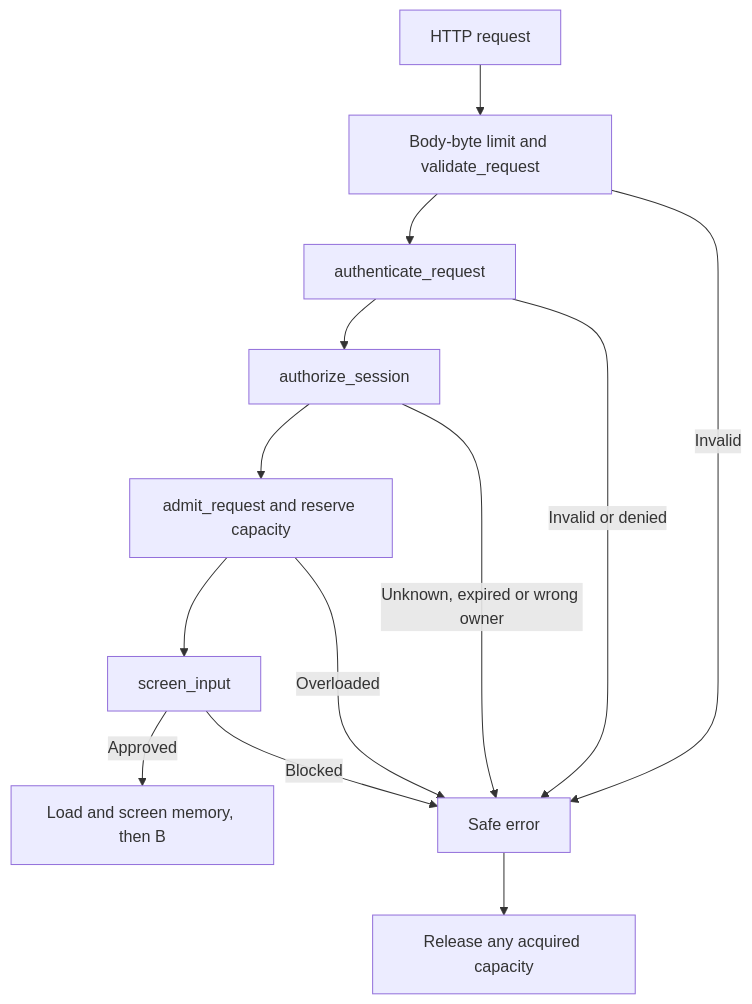
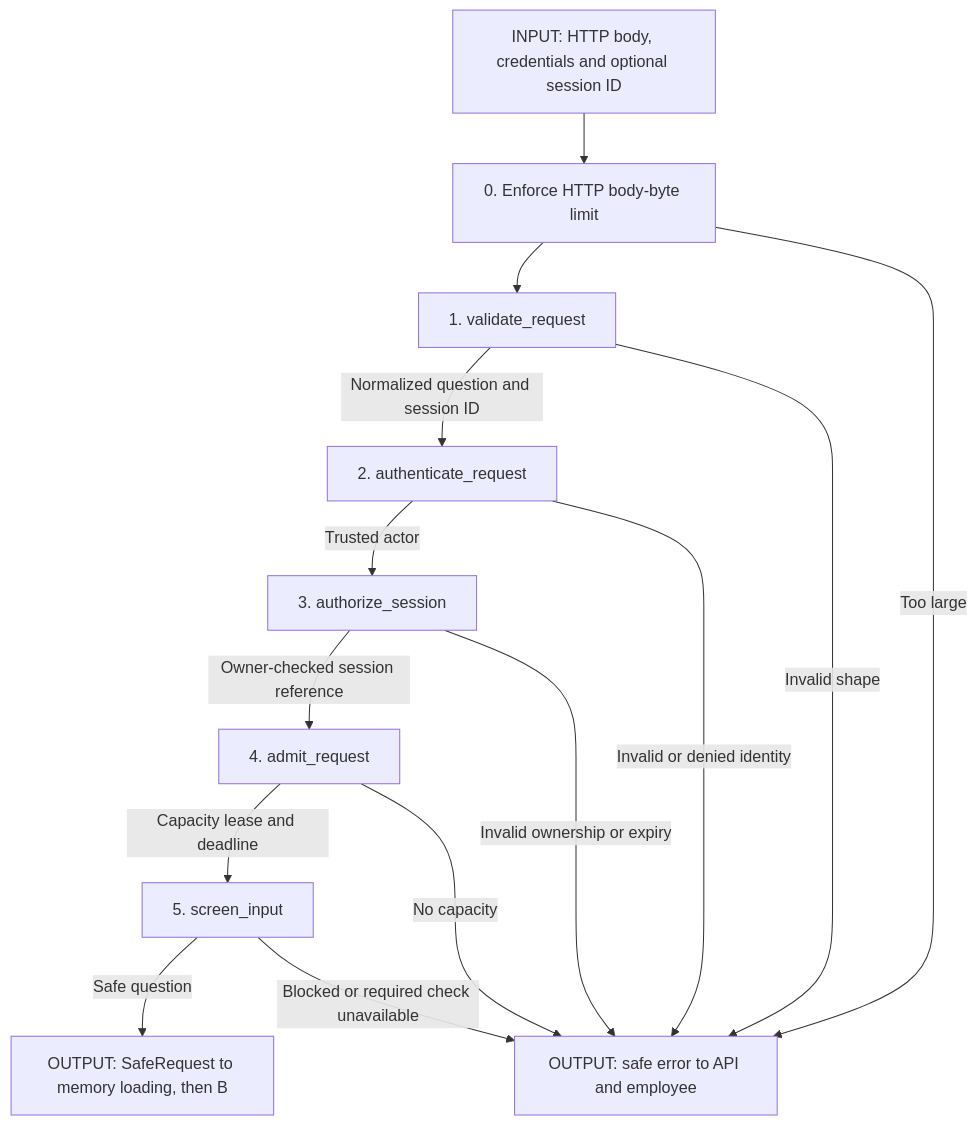
One commit to piyushmaps/interview_proj changed the third of 10 diagrams in docs/architecture/low-level-design.md. Above: the diagram before and after it, drawn with Mermaid. The commit also changed other lines of this file, not shown here.

````diff
--- a/docs/architecture/low-level-design.md
+++ b/docs/architecture/low-level-design.md
@@ -163,15 +205,16 @@
 ```mermaid
 flowchart TD
-    IN[HTTP request] --> SHAPE[Body-byte limit and validate_request]
-    SHAPE --> ID[authenticate_request]
-    ID --> OWN[authorize_session]
-    OWN --> CAP[admit_request and reserve capacity]
-    CAP --> SAFE[screen_input]
-    SAFE -->|Approved| NEXT[Load and screen memory, then B]
-    SHAPE -->|Invalid| ERR[Safe error]
-    ID -->|Invalid or denied| ERR
-    OWN -->|Unknown, expired or wrong owner| ERR
-    CAP -->|Overloaded| ERR
-    SAFE -->|Blocked| ERR
-    ERR --> FREE[Release any acquired capacity]
+    IN[INPUT: HTTP body, credentials and optional session ID] --> BYTES[0. Enforce HTTP body-byte limit]
+    BYTES --> V[1. validate_request]
+    V -->|Normalized question and session ID| AUTH[2. authenticate_request]
+    AUTH -->|Trusted actor| SESSION[3. authorize_session]
+    SESSION -->|Owner-checked session reference| CAP[4. admit_request]
+    CAP -->|Capacity lease and deadline| SCREEN[5. screen_input]
+    SCREEN -->|Safe question| OUT[OUTPUT: SafeRequest to memory loading, then B]
+    BYTES -->|Too large| ERR[OUTPUT: safe error to API and employee]
+    V -->|Invalid shape| ERR
+    AUTH -->|Invalid or denied identity| ERR
+    SESSION -->|Invalid ownership or expiry| ERR
+    CAP -->|No capacity| ERR
+    SCREEN -->|Blocked or required check unavailable| ERR
 ```
````
